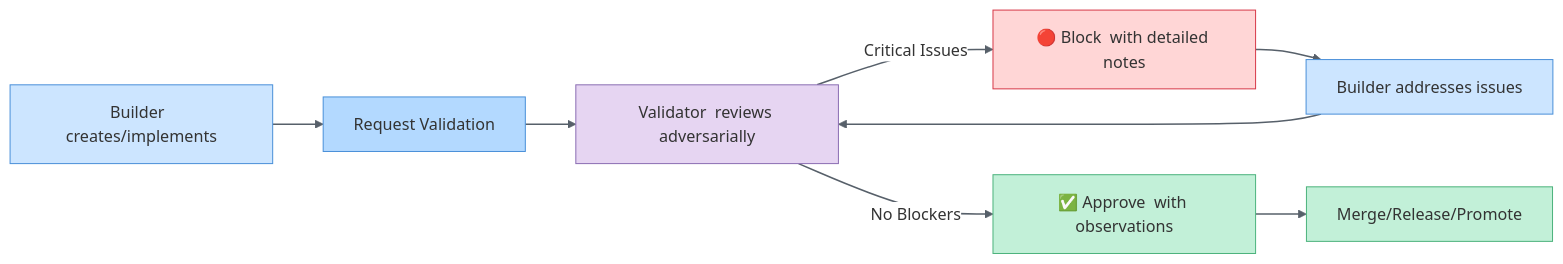
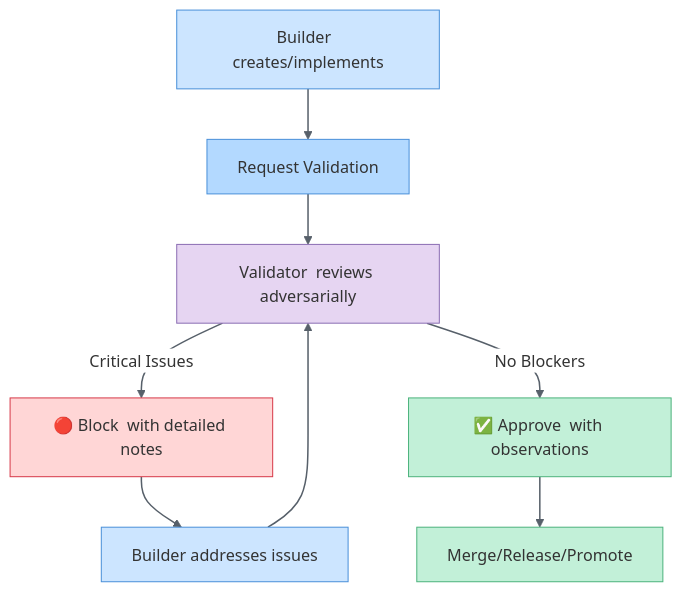
Before and after one commit to fabioc-aloha/Alex_Plug_In: the first of 2 diagrams in .github/instructions/adversarial-oversight.instructions.md, drawn with Mermaid. The commit also changed 16 other files, not shown here.

First line of the commit message:
style: standardize Fishbowl Pastel palette across all Mermaid diagrams

````diff
--- a/.github/instructions/adversarial-oversight.instructions.md
+++ b/.github/instructions/adversarial-oversight.instructions.md
@@ -79,21 +79,21 @@
 ```mermaid
 %%{init: {'theme': 'base', 'themeVariables': { 'primaryColor': '#cce5ff', 'primaryTextColor': '#333', 'lineColor': '#666', 'edgeLabelBackground': '#fff'}}}%%
-flowchart LR
+flowchart TD
     BUILD["Builder  creates/implements"] --> REQUEST["Request  Validation"]
     REQUEST --> VALIDATOR["Validator  reviews adversarially"]
     VALIDATOR -->|Critical Issues| BLOCK["🔴 Block  with detailed notes"]
     VALIDATOR -->|No Blockers| APPROVE["✅ Approve  with observations"]
     BLOCK --> FIX["Builder  addresses issues"]
     FIX --> VALIDATOR
     APPROVE --> MERGE["Merge/Release/Promote"]
     
     style BUILD fill:#cce5ff,stroke:#4a90d9,color:#333
     style REQUEST fill:#b3d9ff,stroke:#4a90d9,color:#333
     style VALIDATOR fill:#e6d5f2,stroke:#8b6eb3,color:#333
     style BLOCK fill:#ffd6d6,stroke:#d73a49,color:#333
     style APPROVE fill:#c2f0d8,stroke:#4db37d,color:#333
     style FIX fill:#cce5ff,stroke:#4a90d9,color:#333
     style MERGE fill:#c2f0d8,stroke:#4db37d,color:#333
     
     linkStyle default stroke:#57606a,stroke-width:1.5px
 ```
````
